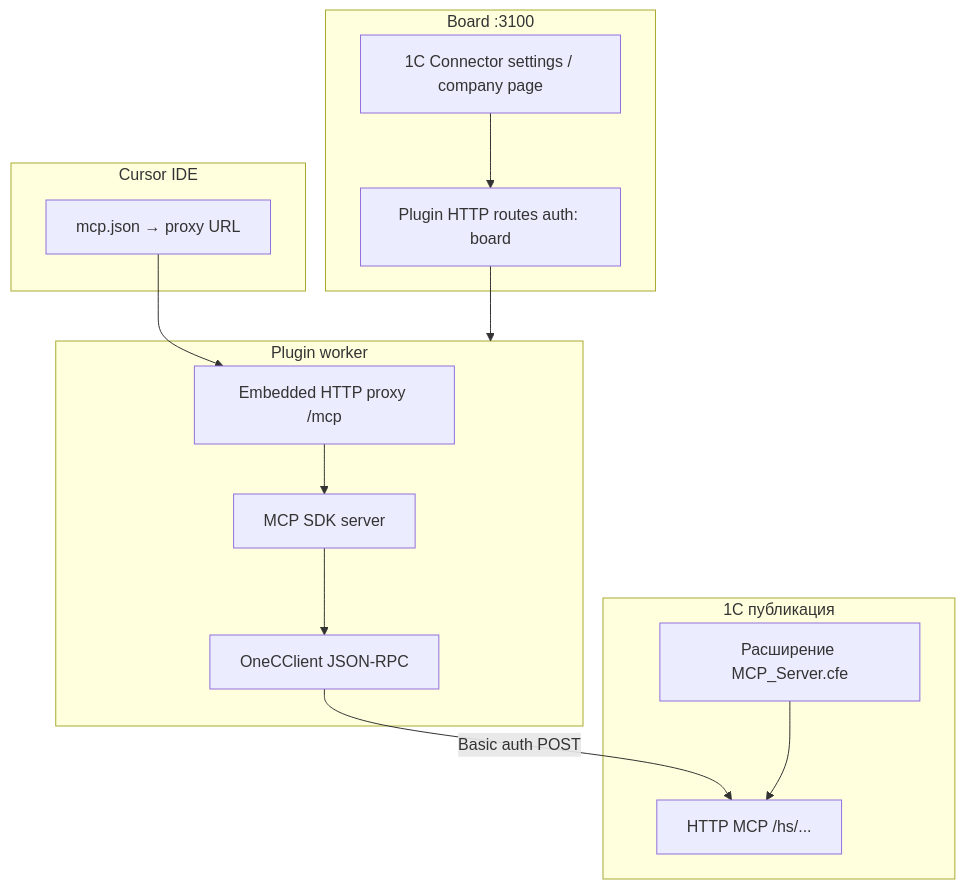
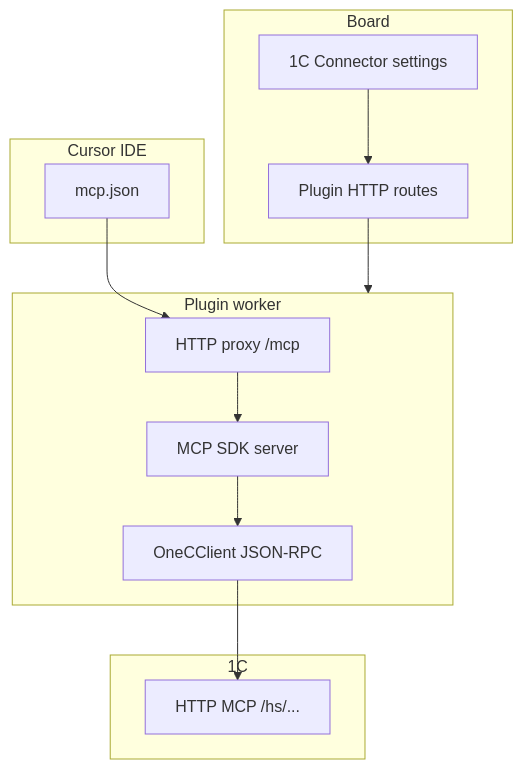
Before and after one commit to Dmitriion/datagent-docs: the diagram in docs/integrations/1c-connector.md, drawn with Mermaid. The commit also changed other lines of this file and 52 other files, not shown here.

````diff
--- a/docs/integrations/1c-connector.md
+++ b/docs/integrations/1c-connector.md
@@ -42,23 +102,20 @@
 ```mermaid
 flowchart TB
-  subgraph board [Board :3100]
-    UI["1C Connector settings / company page"]
-    PAPI["Plugin HTTP routes auth: board"]
+  subgraph board [Board]
+    UI["1C Connector settings"]
+    PAPI["Plugin HTTP routes"]
   end
   subgraph worker [Plugin worker]
-    Proxy["Embedded HTTP proxy /mcp"]
+    Proxy["HTTP proxy /mcp"]
     MCP["MCP SDK server"]
     Client["OneCClient JSON-RPC"]
   end
-  subgraph onec [1С публикация]
-    Ext["Расширение MCP_Server.cfe"]
+  subgraph onec [1С]
     HTTP["HTTP MCP /hs/..."]
   end
   subgraph cursor [Cursor IDE]
-    MCPjson["mcp.json → proxy URL"]
+    MCPjson["mcp.json"]
   end
   UI --> PAPI --> worker
-  MCPjson --> Proxy --> MCP --> Client
-  Client -->|Basic auth POST| HTTP
-  Ext --> HTTP
+  MCPjson --> Proxy --> MCP --> Client --> HTTP
 ```
````
